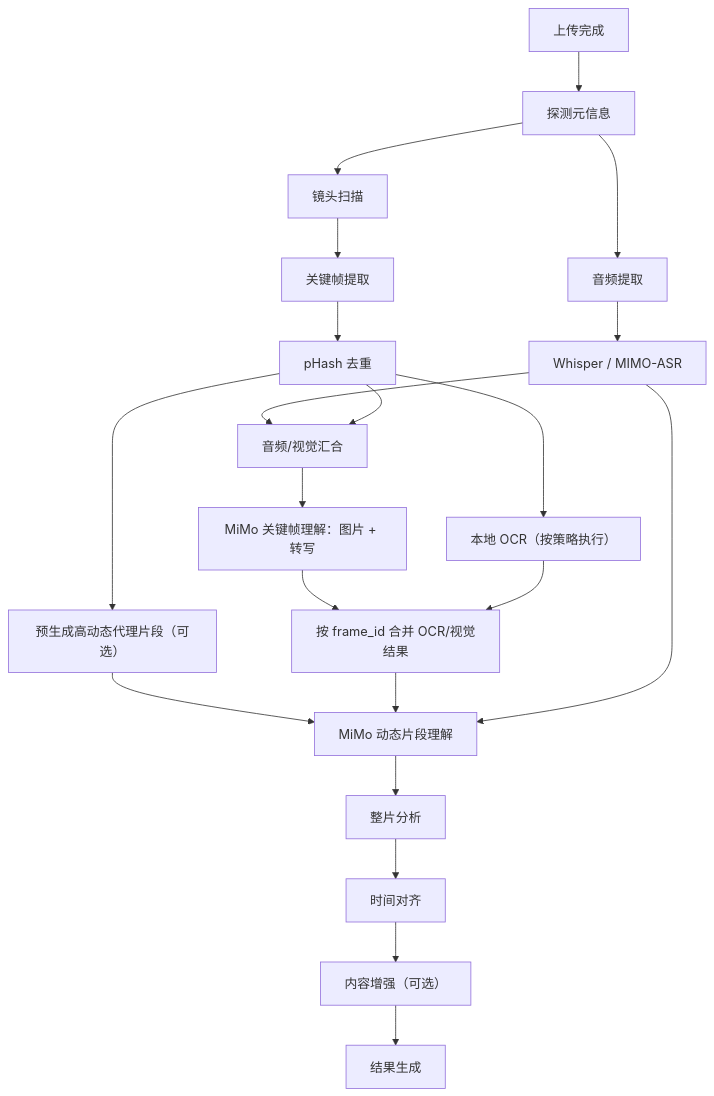
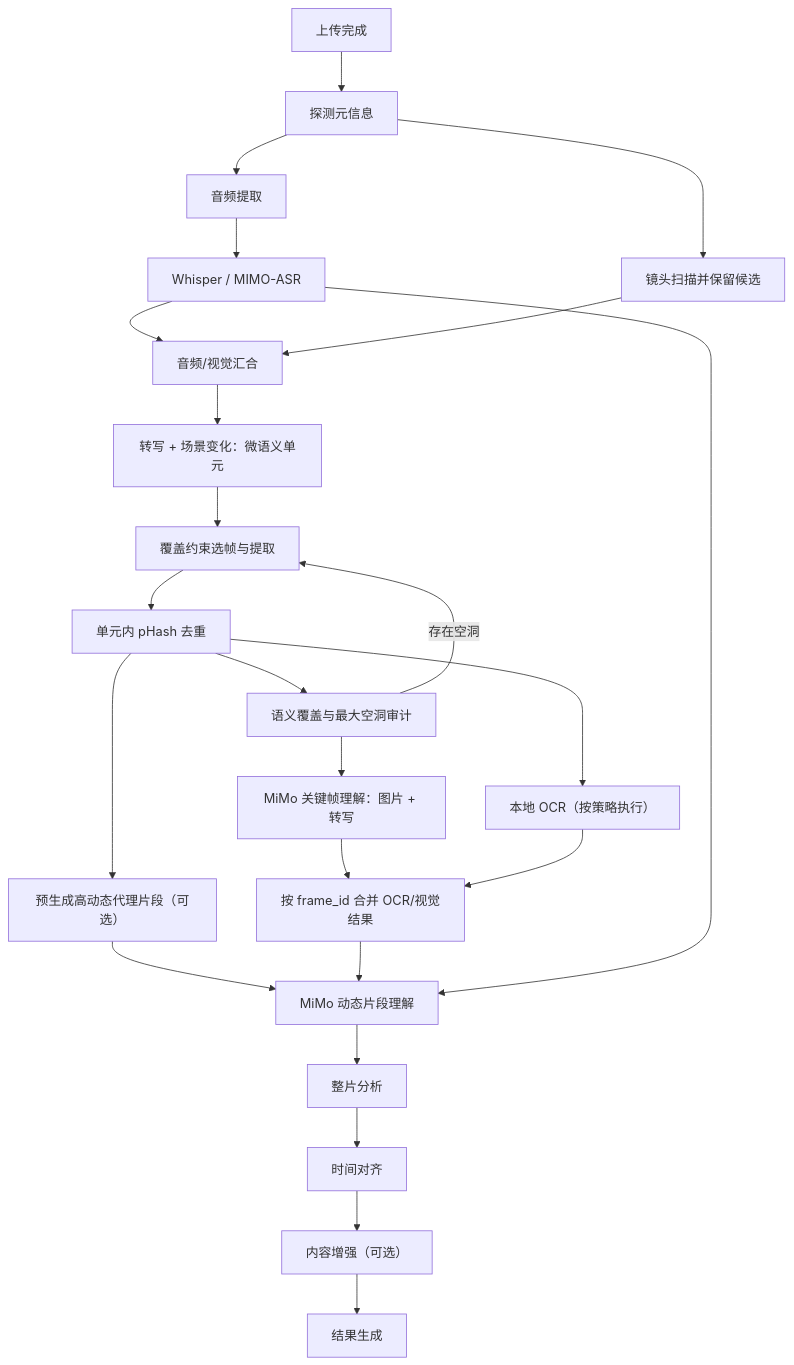
Before and after one commit to guyue356/SnapNote: the diagram in docs/SnapNote音视频处理时效优化方案.md, drawn with Mermaid. The commit also changed other lines of this file and 35 other files, not shown here.

````diff
--- a/docs/SnapNote音视频处理时效优化方案.md
+++ b/docs/SnapNote音视频处理时效优化方案.md
@@ -45,27 +46,31 @@
 ```mermaid
 flowchart TD
     Upload["上传完成"] --> Probe["探测元信息"]
 
     Probe --> AudioExtract["音频提取"]
     AudioExtract --> ASR["Whisper / MIMO-ASR"]
 
-    Probe --> Scan["镜头扫描"]
-    Scan --> FrameExtract["关键帧提取"]
-    FrameExtract --> Dedup["pHash 去重"]
+    Probe --> Scan["镜头扫描并保留候选"]
+
+    ASR --> Join["音频/视觉汇合"]
+    Scan --> Join
+    Join --> Units["转写 + 场景变化：微语义单元"]
+    Units --> FrameExtract["覆盖约束选帧与提取"]
+    FrameExtract --> Dedup["单元内 pHash 去重"]
+    Dedup --> Audit["语义覆盖与最大空洞审计"]
+    Audit -->|"存在空洞"| FrameExtract
 
     Dedup --> OCR["本地 OCR（按策略执行）"]
     Dedup --> PreClips["预生成高动态代理片段（可选）"]
 
-    ASR --> Join["音频/视觉汇合"]
-    Dedup --> Join
-    Join --> ImageAI["MiMo 关键帧理解：图片 + 转写"]
+    Audit --> ImageAI["MiMo 关键帧理解：图片 + 转写"]
     ImageAI --> MergeOCR["按 frame_id 合并 OCR/视觉结果"]
     OCR --> MergeOCR
     PreClips --> ClipAI["MiMo 动态片段理解"]
     MergeOCR --> ClipAI
     ASR --> ClipAI
     ClipAI --> Style["整片分析"]
     Style --> Align["时间对齐"]
     Align --> Enhance["内容增强（可选）"]
     Enhance --> Output["结果生成"]
 ```
````
